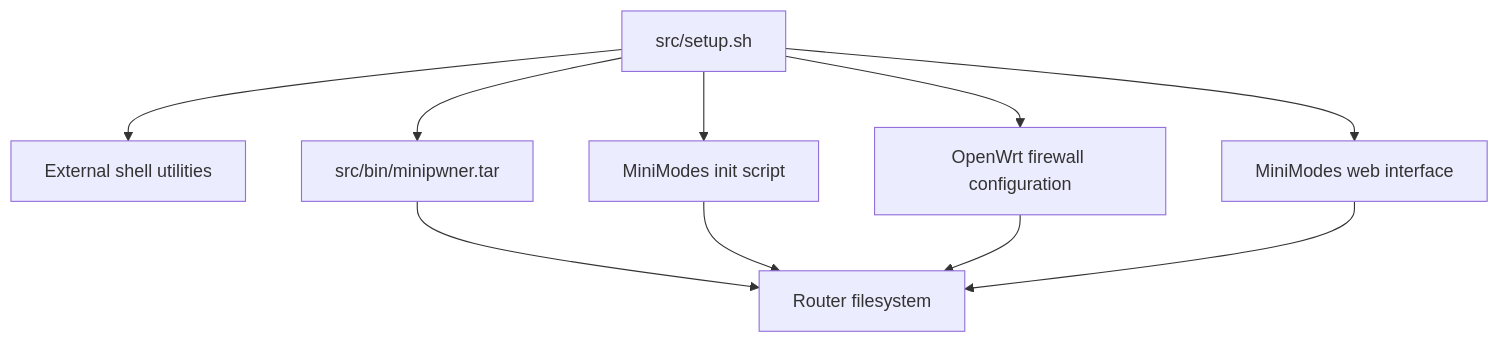
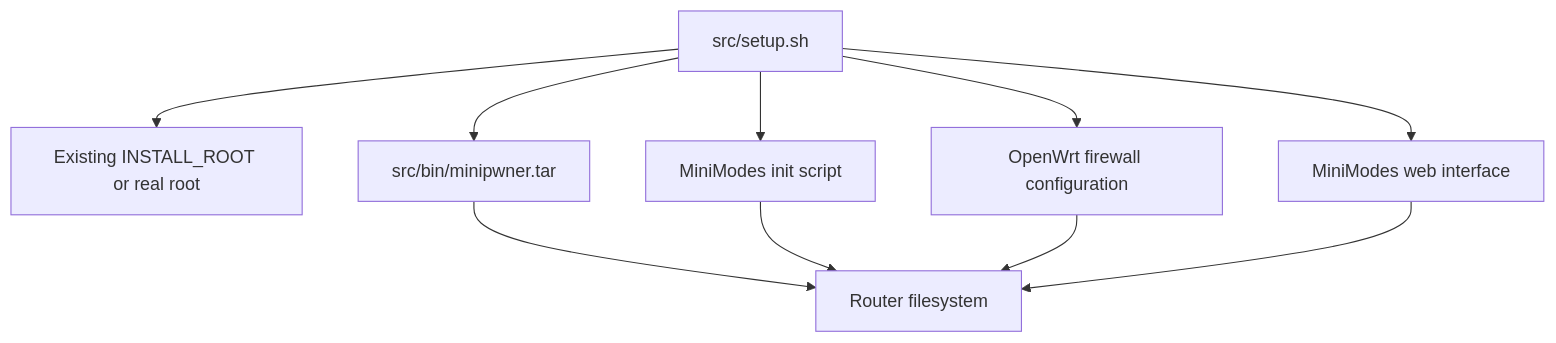
The diagram in docs/architecture.md (nicholasadamou/minipwner), drawn with Mermaid before and after one commit. The commit also changed other lines of this file and 9 other files, not shown here.

````diff
--- a/docs/architecture.md
+++ b/docs/architecture.md
@@ -5,12 +5,12 @@
 ```mermaid
 flowchart TD
-  Setup[src/setup.sh] --> Utils[External shell utilities]
+  Setup[src/setup.sh] --> Root[Existing INSTALL_ROOT or real root]
   Setup --> Archive[src/bin/minipwner.tar]
   Setup --> Init[MiniModes init script]
   Setup --> Firewall[OpenWrt firewall configuration]
   Setup --> Web[MiniModes web interface]
   Archive --> Router[Router filesystem]
   Init --> Router
   Firewall --> Router
   Web --> Router
 ```
````
